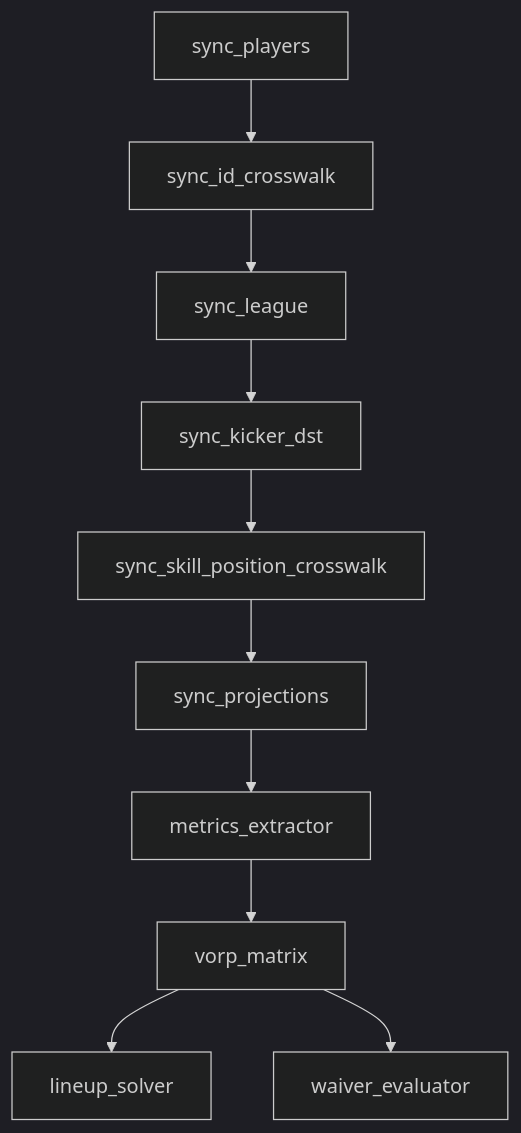
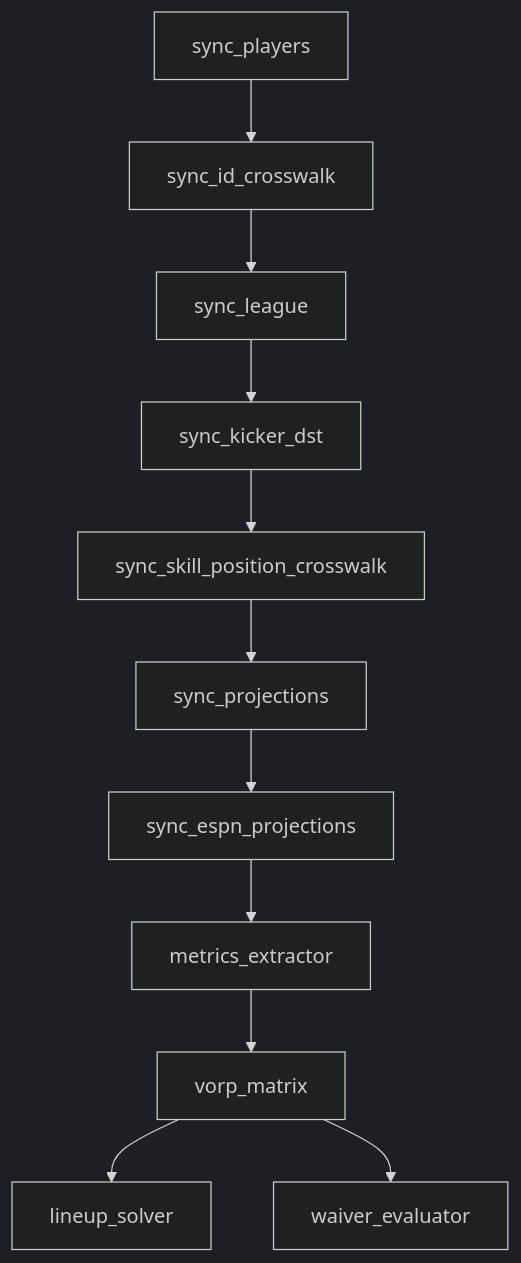
Before and after one commit to cvillarr23/fantasy-core-pipeline: the diagram in docs/ingestion.md, drawn with Mermaid (dark theme). The commit also changed other lines of this file and 23 other files, not shown here.

First line of the commit message:
Base projections and VORP on an ESPN+Sleeper consensus (#462)

````diff
--- a/docs/ingestion.md
+++ b/docs/ingestion.md
@@ -15,12 +15,13 @@
 ```mermaid
 flowchart TD
     SP[sync_players] --> XW[sync_id_crosswalk]
     XW --> SL[sync_league]
     SL --> KD[sync_kicker_dst]
     KD --> SK[sync_skill_position_crosswalk]
     SK --> PR[sync_projections]
-    PR --> ME[metrics_extractor]
+    PR --> EP[sync_espn_projections]
+    EP --> ME[metrics_extractor]
     ME --> VM[vorp_matrix]
     VM --> LS[lineup_solver]
     VM --> WE[waiver_evaluator]
 ```
````
